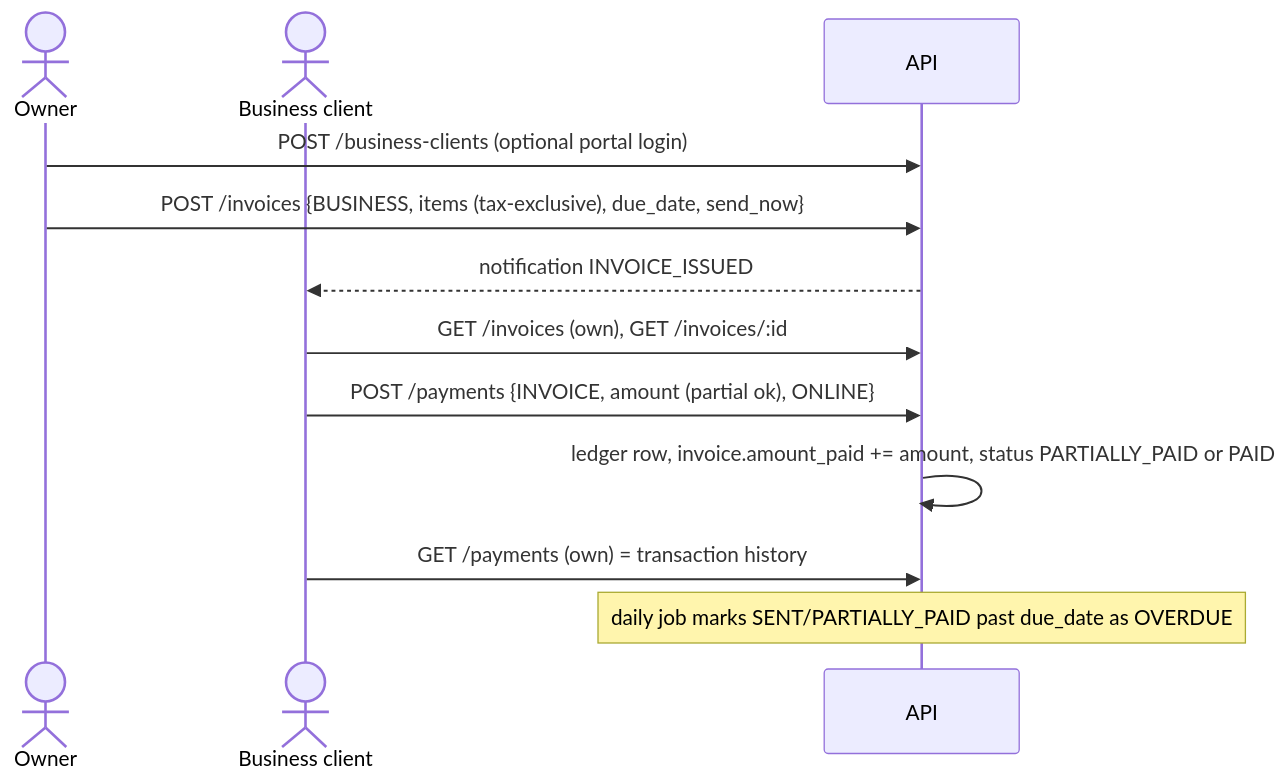
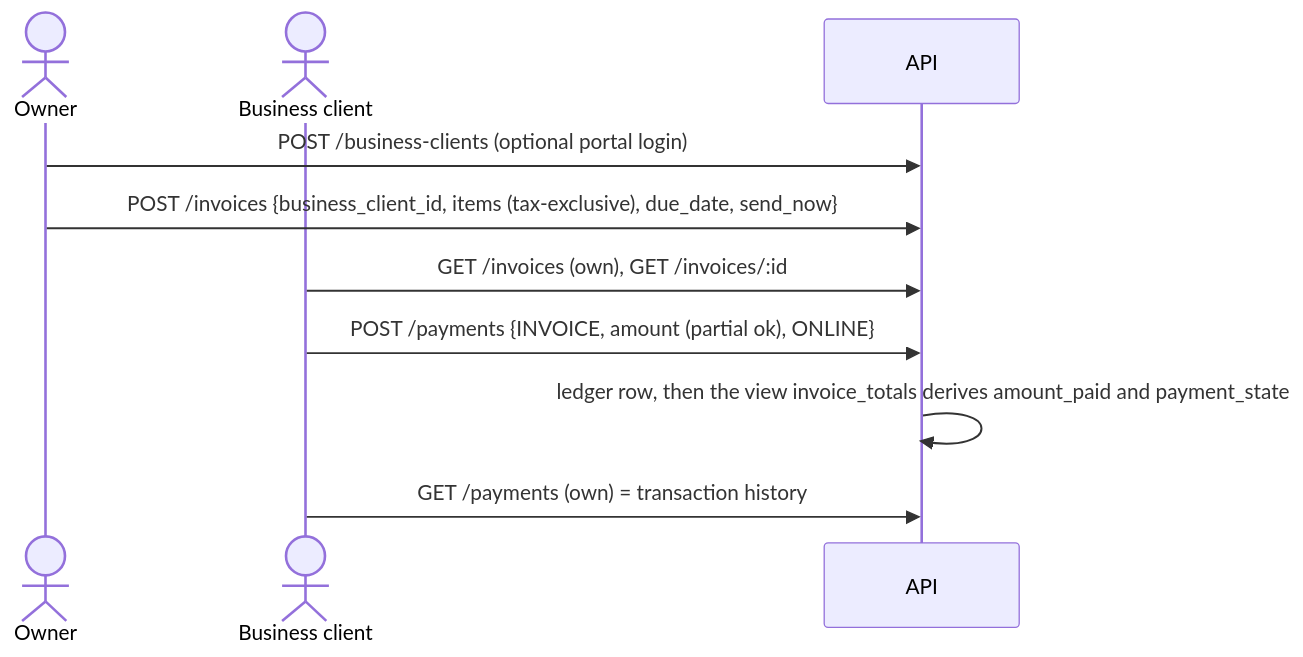
Diagram 15 of 18 in docs/workflows/USER_FLOWS.md (OjasPurohit/Meridian-Bay), drawn with Mermaid before and after one commit. The commit also changed other lines of this file and 276 other files, not shown here.

````diff
--- a/docs/workflows/USER_FLOWS.md
+++ b/docs/workflows/USER_FLOWS.md
@@ -360,14 +276,12 @@
 ```mermaid
 sequenceDiagram
   actor O as Owner
   actor B as Business client
   participant API as API
   O->>API: POST /business-clients (optional portal login)
-  O->>API: POST /invoices {BUSINESS, items (tax-exclusive), due_date, send_now}
-  API-->>B: notification INVOICE_ISSUED
+  O->>API: POST /invoices {business_client_id, items (tax-exclusive), due_date, send_now}
   B->>API: GET /invoices (own), GET /invoices/:id
   B->>API: POST /payments {INVOICE, amount (partial ok), ONLINE}
-  API->>API: ledger row, invoice.amount_paid += amount, status PARTIALLY_PAID or PAID
+  API->>API: ledger row, then the view invoice_totals derives amount_paid and payment_state
   B->>API: GET /payments (own) = transaction history
-  Note over API: daily job marks SENT/PARTIALLY_PAID past due_date as OVERDUE
 ```
````
